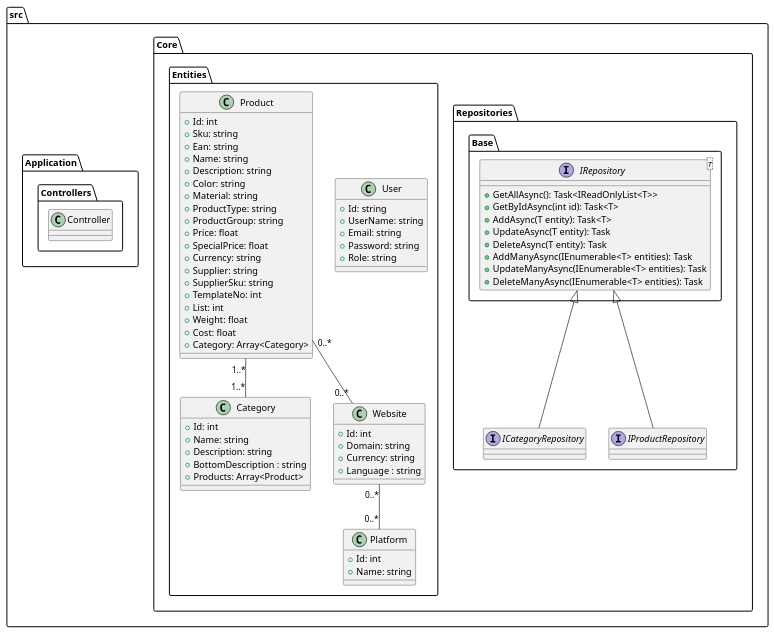
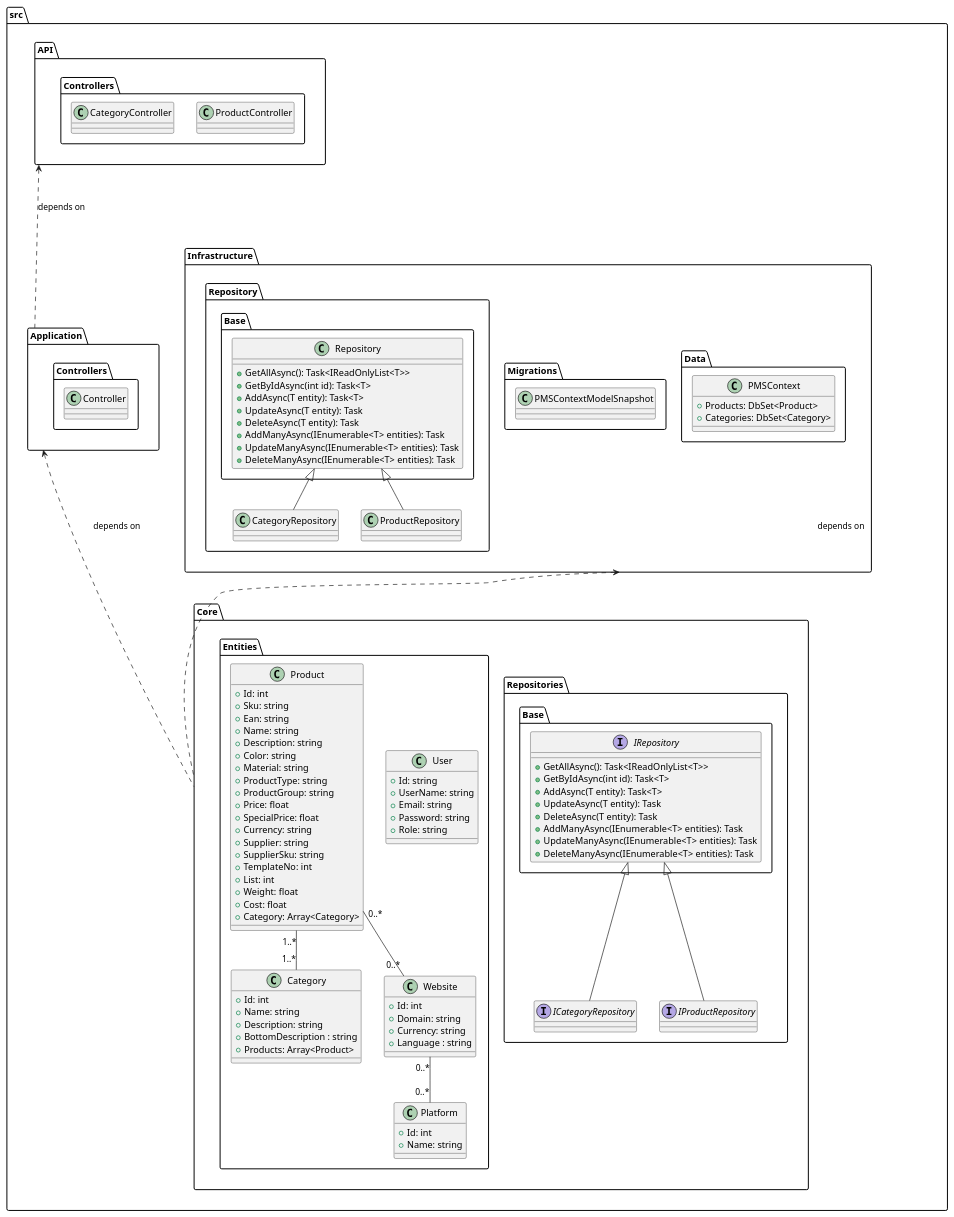
Before and after one commit to DMOoF23-S4-Team2/PMS-WePack: the diagram in Documents/Models/DesignClassDiagram.plantuml, drawn with PlantUML.

Commit message:
Infrastructure and layout

```diff
--- a/Documents/Models/DesignClassDiagram.plantuml
+++ b/Documents/Models/DesignClassDiagram.plantuml
@@ -1,97 +1,135 @@
 @startuml Design Class Diagram (DCD)
 
 package src <<Folder>> {
     package Core <<Folder>> {
         package Repositories <<Folder>> {
             package Base <<Folder>> {
-                interface IRepository<T> {
+                interface IRepository {
                     + GetAllAsync(): Task<IReadOnlyList<T>>
                     + GetByIdAsync(int id): Task<T>
                     + AddAsync(T entity): Task<T>
                     + UpdateAsync(T entity): Task
                     + DeleteAsync(T entity): Task
                     + AddManyAsync(IEnumerable<T> entities): Task
                     + UpdateManyAsync(IEnumerable<T> entities): Task
                     + DeleteManyAsync(IEnumerable<T> entities): Task
                 }
             }
             interface ICategoryRepository {}
             interface IProductRepository {}
 
             IRepository <|-- ICategoryRepository
             IRepository <|-- IProductRepository
         }
+        
         package Entities <<Folder>> {
             
             class User {
                 + Id: string
                 + UserName: string
                 + Email: string
                 + Password: string
                 + Role: string        
             }
 
             ' REVIEW - Har tilføjet Currency og ændret navigation property til Arry<Category>
             class Product {
                 + Id: int
                 + Sku: string
                 + Ean: string
                 + Name: string
                 + Description: string
                 + Color: string
                 + Material: string
                 + ProductType: string
                 + ProductGroup: string
                 + Price: float
                 + SpecialPrice: float     
                 + Currency: string
                 + Supplier: string
                 + SupplierSku: string
                 + TemplateNo: int
                 + List: int
                 + Weight: float
                 + Cost: float
                 + Category: Array<Category>
             }
 
             class Category {
                 + Id: int
                 + Name: string
                 + Description: string
                 + BottomDescription : string
                 + Products: Array<Product>
             }
 
             class Website {
                 + Id: int
                 + Domain: string
                 + Currency: string
                 + Language : string
             }
 
             class Platform {
                 + Id: int
                 + Name: string
             }
-
-            ' class Localization {
-            '     + Id: int
-            '     + Language: string
-            ' }
         }
     }
+
+    Package Infrastructure <<Folder>> {
+        package Data <<Folder>> {
+            class PMSContext{
+                + Products: DbSet<Product>
+                + Categories: DbSet<Category>
+            }
+        }
+        package Migrations <<Folder>> {
+            class PMSContextModelSnapshot {}
+        }
+
+        package Repository <<Folder>> {
+            package Base <<Folder>> {
+                class Repository {
+                    + GetAllAsync(): Task<IReadOnlyList<T>>
+                    + GetByIdAsync(int id): Task<T>
+                    + AddAsync(T entity): Task<T>
+                    + UpdateAsync(T entity): Task
+                    + DeleteAsync(T entity): Task
+                    + AddManyAsync(IEnumerable<T> entities): Task
+                    + UpdateManyAsync(IEnumerable<T> entities): Task
+                    + DeleteManyAsync(IEnumerable<T> entities): Task
+                }
+            }
+            class CategoryRepository {}
+            class ProductRepository {}
+
+            Base.Repository <|-- CategoryRepository
+            Base.Repository <|-- ProductRepository
+        }
+        
+    }
+
     package Application <<Folder>> {
         package Controllers <<Folder>> {
             class Controller
+        }
+    }
+
+    package API <<Folder>> {
+        package Controllers <<Folder>> {
+            class ProductController
+            class CategoryController
         }
     }
 }
 
 Product "1..*" -- "1..*" Category
 Product "0..*" -- "0..*" Website
-' Website "0..1" -- "0..1" Localization
 Website "0..*" -- "0..*" Platform
 
-
+Application <..down- Core : depends on
+Infrastructure <..down- Core : depends on
+API <..down- Application : depends on
 
 @enduml
```
